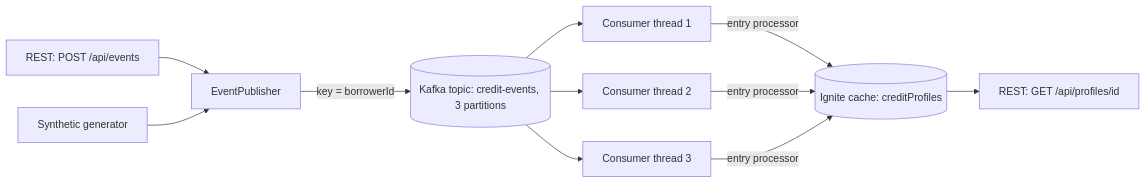
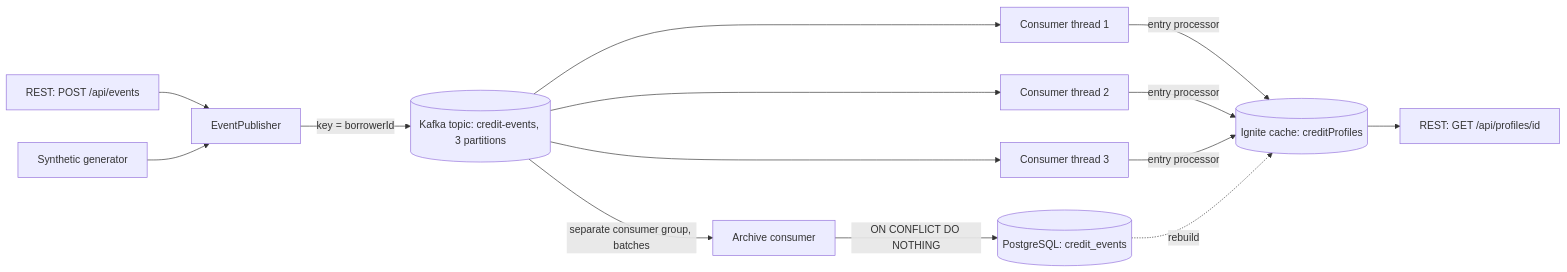
The diagram in README.md (shivemn/credit-event-pipeline), drawn with Mermaid before and after one commit. The commit also changed other lines of this file, not shown here.

Commit message:
Add consumer lag, rate limits, chaos buttons, Kafka UI, layout fixes

````diff
--- a/README.md
+++ b/README.md
@@ -31,11 +31,14 @@
 ```mermaid
 flowchart LR
     A[REST: POST /api/events] --> P[EventPublisher]
     G[Synthetic generator] --> P
     P -->|key = borrowerId| K[(Kafka topic: credit-events, 3 partitions)]
     K --> C1[Consumer thread 1]
     K --> C2[Consumer thread 2]
     K --> C3[Consumer thread 3]
     C1 & C2 & C3 -->|entry processor| I[(Ignite cache: creditProfiles)]
     I --> R[REST: GET /api/profiles/id]
+    K -->|separate consumer group, batches| A2[Archive consumer]
+    A2 -->|ON CONFLICT DO NOTHING| PG[(PostgreSQL: credit_events)]
+    PG -.->|rebuild| I
 ```
````
